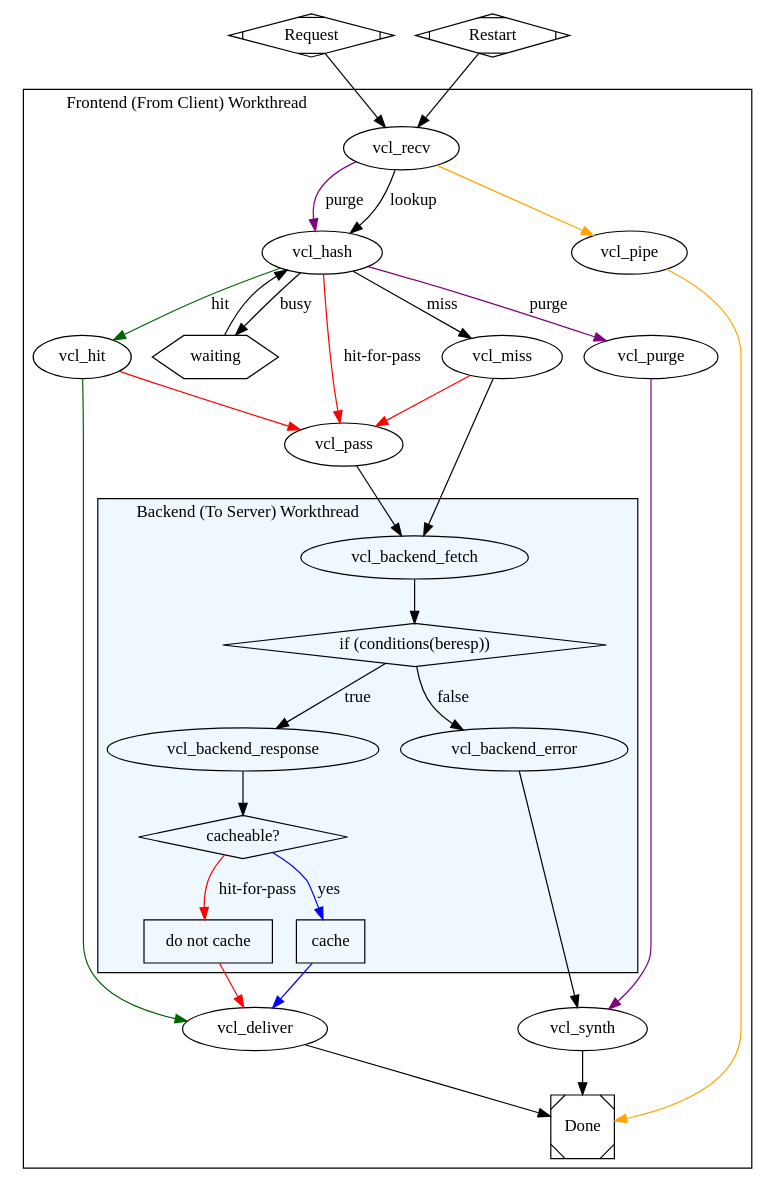
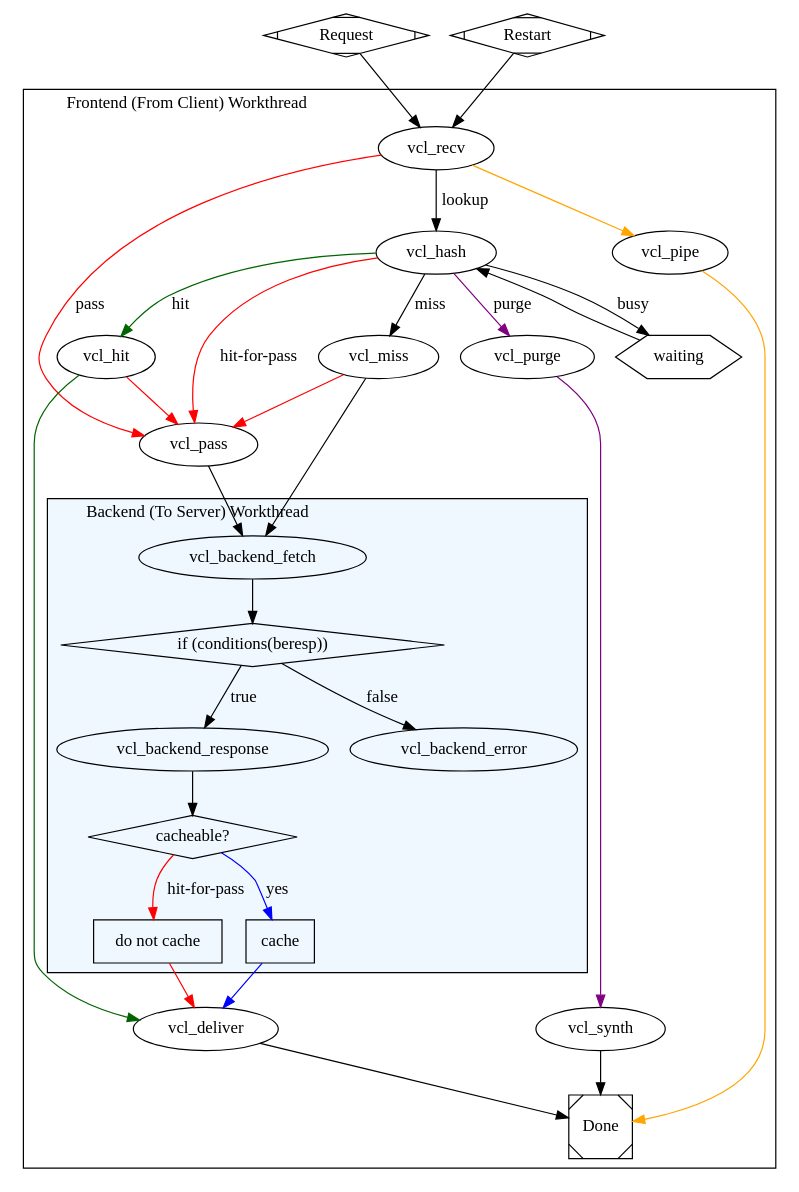
The diagram in ui/img/simplified_fsm.dot (varnish/Varnish-Book), drawn with Graphviz before and after one commit. The commit also changed 4 other files, not shown here.

Commit message:
Updating simplified fsm diagram to show more traditional flows. Improving description for vcl_synth

```diff
--- a/ui/img/simplified_fsm.dot
+++ b/ui/img/simplified_fsm.dot
@@ -1,81 +1,82 @@
 digraph varnishfsm{
 	labeljust=l;
 	Request[shape=Mdiamond];
 	restart1[shape=Mdiamond,label="Restart"];
 	Request -> vcl_recv;
 	restart1 -> vcl_recv;
 	subgraph clusterfrontend{
 		
 		{
 			rank=same;
 			vcl_deliver;
 			vcl_synth;
 		};
 		{
 	                rank=same;
 			vcl_hit;
 			vcl_miss;
 			vcl_purge;
 			// vcl_pass;
 		}
 		label="Frontend (From Client) Workthread";
 		
 		vcl_recv -> vcl_hash [label="lookup"]
-		vcl_recv -> vcl_hash [label="purge",color=purple];
+		//vcl_recv -> vcl_hash [label="purge",color=purple];
 		vcl_recv -> vcl_pipe[color=orange];
+		vcl_recv -> vcl_pass[label="pass" color=red];
 		vcl_pipe -> Done[color=orange];
 		vcl_hash -> vcl_hit[label="hit",color=darkgreen];
 		vcl_hash -> vcl_miss [label="miss"];
 		vcl_hash -> vcl_pass [label="hit-for-pass",color=red];
 		waiting[shape=hexagon];
 		vcl_hash -> waiting [label="busy"];
 		vcl_hash -> vcl_purge [label="purge",color=purple];
 		vcl_purge -> vcl_synth[color=purple];
 		// restart2[shape=Mdiamond,label="Restart"];
 		// vcl_purge -> restart2;
 		vcl_hit -> vcl_deliver[color=darkgreen];
 		// vcl_hit -> vcl_miss;
 		vcl_hit -> vcl_pass[color=red];
 		vcl_miss -> vcl_backend_fetch;
 		waiting -> vcl_hash;
 		vcl_pass -> vcl_backend_fetch;
 		vcl_miss -> vcl_pass[color=red];
 		
 		subgraph clusterbackend {
 			bgcolor=aliceblue
 			label="Backend (To Server) Workthread";
 			decision1 [shape=diamond,label="if (conditions(beresp))"];
 			vcl_backend_fetch -> decision1;
 			decision1 -> vcl_backend_response [label="true"];
 			decision1 -> vcl_backend_error [label="false"];
 			decision4[shape=diamond,label="cacheable?"];
 			cache[shape=box,label="cache"];
 			nocache[shape=box,label="do not cache"];
 			vcl_backend_response -> decision4;
 			decision4 -> cache [label="yes",color=blue];
 			decision4 -> nocache [label="hit-for-pass",color=red];
 			
 			// decision3 [shape=diamond];
 			// vcl_backend_response -> decision3[label="retry"];
 			// vcl_backend_error -> decision2 [label="retry"];
 		}
 		// vcl_backend_fetch -> vcl_synth [label="abandon"];
 		// vcl_backend_response -> vcl_synth [label="abandon"];
 		// retry1[shape=plaintext,label="retry"] 
 		// decision2 [shape=diamond];
 		// decision2 -> vcl_synth [label=">max"];
 		// retry2[shape=plaintext,label="retry"]
 		// decision2 -> retry1 [label="<=max"];
 		// decision3 -> retry2 [label="<=max"];
 		// decision3 -> vcl_synth [label=">max"];
 		// vcl_backend_error -> vcl_deliver;
-		vcl_backend_error -> vcl_synth;
+		//vcl_backend_error -> vcl_synth;
 		
 		cache -> vcl_deliver[color=blue];
 		nocache -> vcl_deliver[color=red];
 	}
 	Done[shape=Msquare];
 	vcl_deliver -> Done;
 	vcl_synth -> Done;
 	
 }
```
